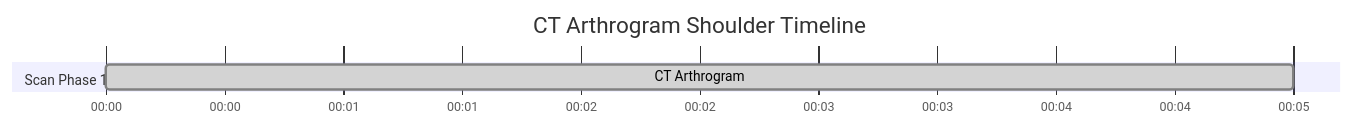
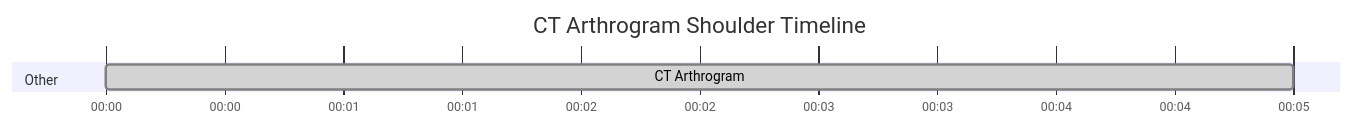
One commit to dfergs93/radiology-protocols changed the diagram in docs/ct/msk/ct-arthrogram-shoulder.md. Above: the diagram before and after it, drawn with Mermaid. The commit also changed other lines of this file and 101 other files, not shown here.

````diff
--- a/docs/ct/msk/ct-arthrogram-shoulder.md
+++ b/docs/ct/msk/ct-arthrogram-shoulder.md
@@ -82,13 +83,15 @@
   ```mermaid
   ---
+  displayMode: compact
   config:
     theme: default
+    themeCSS: " #Saline{ fill: #4ed5ff; stroke: #2094f3; } "
   ---
     gantt
       title CT Arthrogram Shoulder Timeline
       dateFormat mm:ss
       axisFormat %M:%S 
       
-      section Scan Phase 1
+      section Other
       CT Arthrogram    :done, scan1, after saline, 5s
   ```
````
